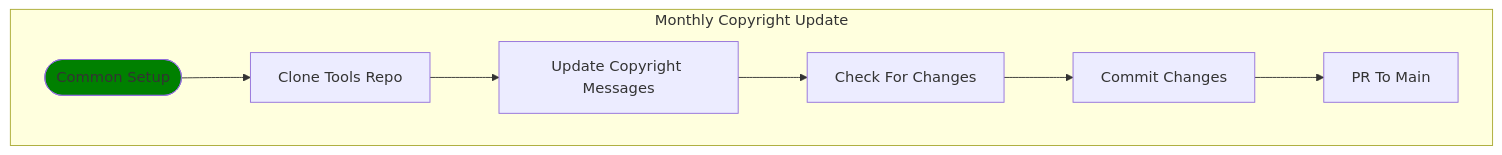
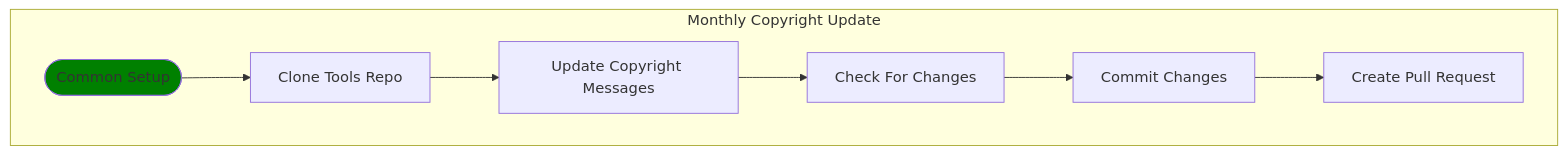
The eighth of 8 diagrams in README.md (51Degrees/common-ci), drawn with Mermaid before and after one commit. The commit also changed other lines of this file and 17 other files, not shown here.

````diff
--- a/README.md
+++ b/README.md
@@ -244,14 +244,14 @@
 ``` mermaid
 graph LR
 classDef green fill:green;
   subgraph "Monthly Copyright Update"
     direction LR
     A([Common Setup]):::green
     B[Clone Tools Repo]
     C[Update Copyright Messages]
     D[Check For Changes]
     E[Commit Changes]
-    F[PR To Main]
+    F[Create Pull Request]
     A-->B-->C-->D-->E-->F
   end
 ```
````
